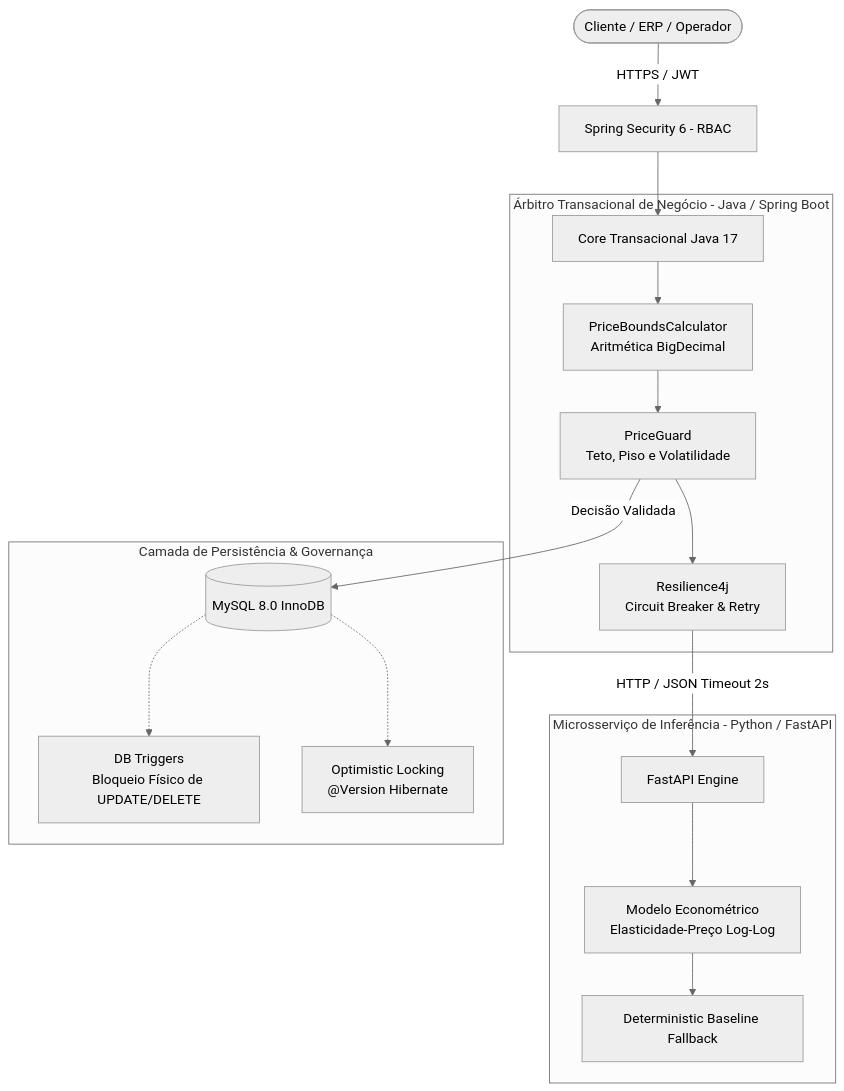
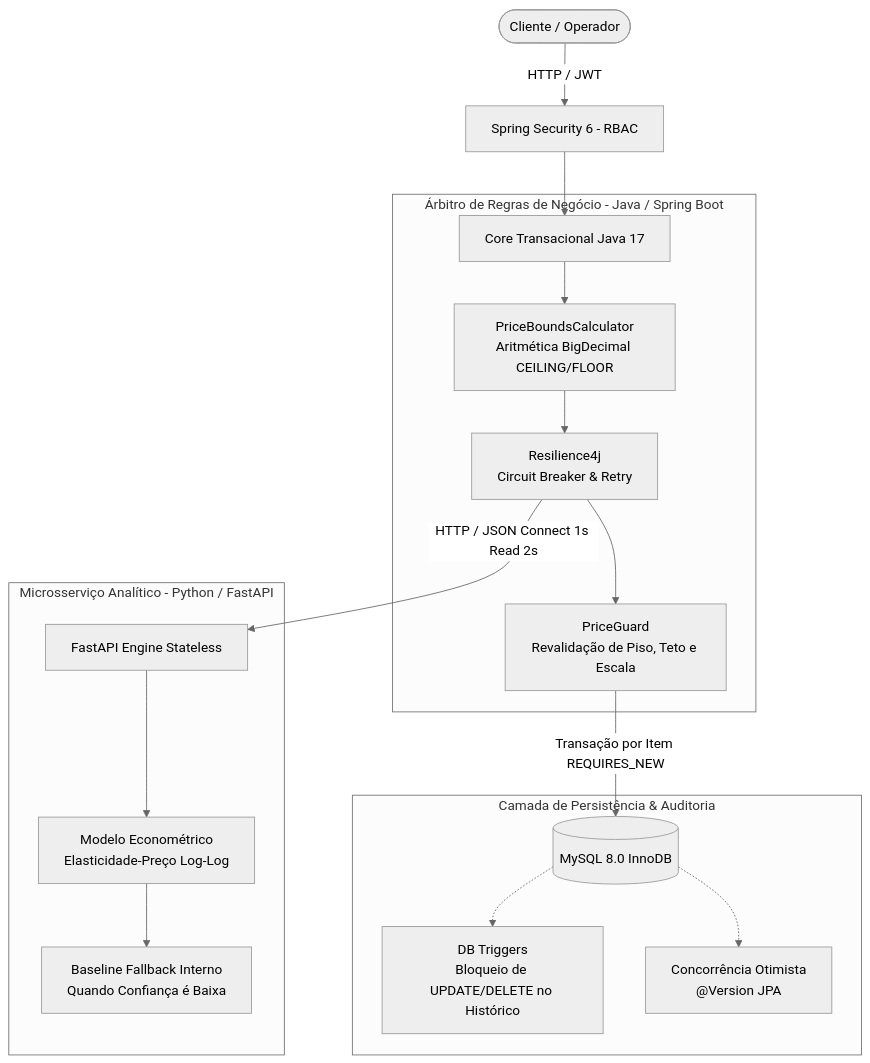
Before and after one commit to EriqueGuida/pricing-copilot: the diagram in README.md, drawn with Mermaid (neutral theme). The commit also changed other lines of this file and 54 other files, not shown here.

````diff
--- a/README.md
+++ b/README.md
@@ -21,23 +21,23 @@
 ```mermaid
 flowchart TD
-    Client([Cliente / ERP / Operador]) -->|HTTPS / JWT| Security[Spring Security 6 - RBAC]
+    Client([Cliente / Operador]) -->|HTTP / JWT| Security[Spring Security 6 - RBAC]
     Security --> Core[Core Transacional Java 17]
     
-    subgraph CoreEngine [Árbitro Transacional de Negócio - Java / Spring Boot]
-        Core --> BoundsCalc[PriceBoundsCalculator\nAritmética BigDecimal]
-        BoundsCalc --> Guard[PriceGuard\nTeto, Piso e Volatilidade]
-        Guard --> Resilience[Resilience4j\nCircuit Breaker & Retry]
+    subgraph CoreEngine [Árbitro de Regras de Negócio - Java / Spring Boot]
+        Core --> BoundsCalc[PriceBoundsCalculator\nAritmética BigDecimal CEILING/FLOOR]
+        BoundsCalc --> Resilience[Resilience4j\nCircuit Breaker & Retry]
+        Resilience --> Guard[PriceGuard\nRevalidação de Piso, Teto e Escala]
     end
 
-    subgraph AnalyticalService [Microsserviço de Inferência - Python / FastAPI]
-        Resilience -->|HTTP / JSON Timeout 2s| FastAPI[FastAPI Engine]
+    subgraph AnalyticalService [Microsserviço Analítico - Python / FastAPI]
+        Resilience -->|HTTP / JSON Connect 1s Read 2s| FastAPI[FastAPI Engine Stateless]
         FastAPI --> OLS[Modelo Econométrico\nElasticidade-Preço Log-Log]
-        OLS --> Fallback[Deterministic Baseline Fallback]
+        OLS --> Fallback[Baseline Fallback Interno\nQuando Confiança é Baixa]
     end
 
-    subgraph Persistence [Camada de Persistência & Governança]
-        Guard -->|Decisão Validada| MySQL[(MySQL 8.0 InnoDB)]
-        MySQL -.-> Triggers[DB Triggers\nBloqueio Físico de UPDATE/DELETE]
-        MySQL -.-> Versioning[Optimistic Locking\n@Version Hibernate]
+    subgraph Persistence [Camada de Persistência & Auditoria]
+        Guard -->|Transação por Item REQUIRES_NEW| MySQL[(MySQL 8.0 InnoDB)]
+        MySQL -.-> Triggers[DB Triggers\nBloqueio de UPDATE/DELETE no Histórico]
+        MySQL -.-> Versioning[Concorrência Otimista\n@Version JPA]
     end
 ```
````
